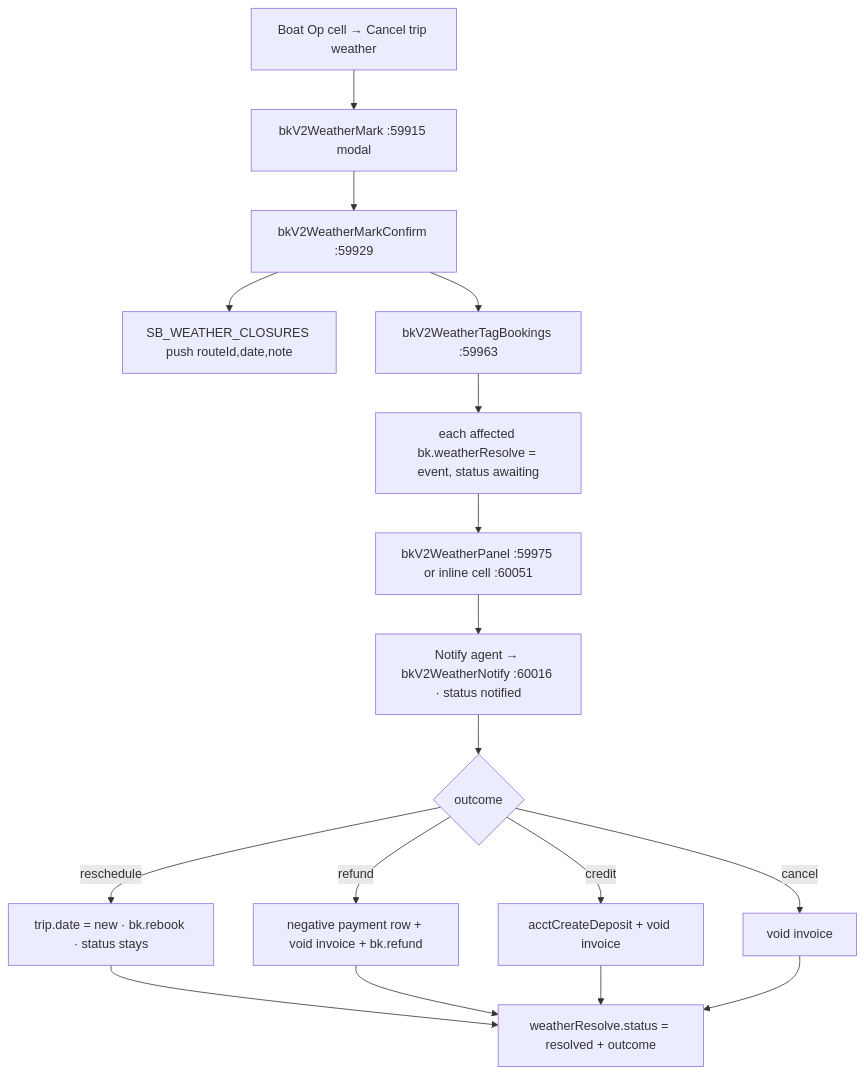
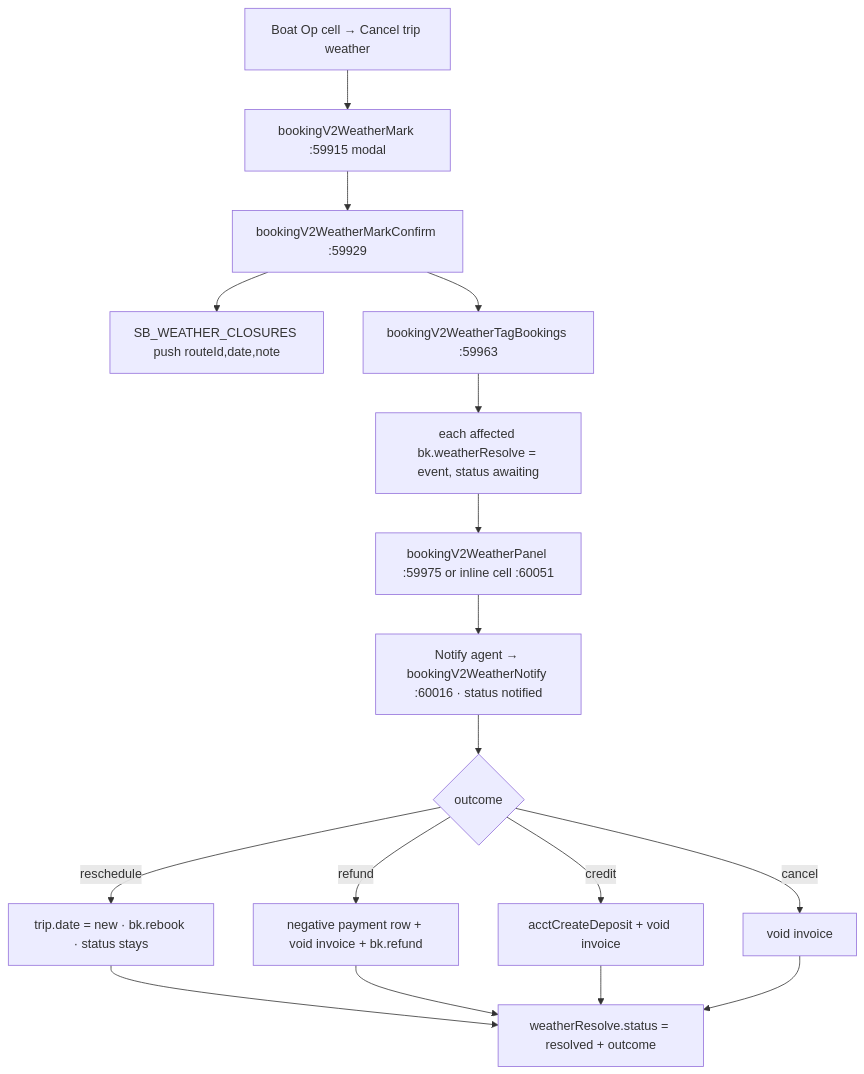
Before and after one commit to digitalmkt-bbot/LOVE_Andaman_Workspace: the second of 2 diagrams in allotment_v2/docs/workflows/01-booking-lifecycle.md, drawn with Mermaid. The commit also changed other lines of this file and 560 other files, not shown here.

````diff
--- a/allotment_v2/docs/workflows/01-booking-lifecycle.md
+++ b/allotment_v2/docs/workflows/01-booking-lifecycle.md
@@ -247,19 +247,19 @@
 ```mermaid
 flowchart TD
-  A[Boat Op cell → Cancel trip weather] --> B[bkV2WeatherMark :59915 modal]
-  B --> C[bkV2WeatherMarkConfirm :59929]
+  A[Boat Op cell → Cancel trip weather] --> B[bookingV2WeatherMark :59915 modal]
+  B --> C[bookingV2WeatherMarkConfirm :59929]
   C --> D[SB_WEATHER_CLOSURES push routeId,date,note]
-  C --> E[bkV2WeatherTagBookings :59963]
+  C --> E[bookingV2WeatherTagBookings :59963]
   E --> F[each affected bk.weatherResolve = event, status awaiting]
-  F --> G[bkV2WeatherPanel :59975 or inline cell :60051]
-  G --> H[Notify agent → bkV2WeatherNotify :60016 · status notified]
+  F --> G[bookingV2WeatherPanel :59975 or inline cell :60051]
+  G --> H[Notify agent → bookingV2WeatherNotify :60016 · status notified]
   H --> I{outcome}
   I -->|reschedule| J[trip.date = new · bk.rebook · status stays]
   I -->|refund| K[negative payment row + void invoice + bk.refund]
   I -->|credit| L[acctCreateDeposit + void invoice]
   I -->|cancel| M[void invoice]
   J --> N[weatherResolve.status = resolved + outcome]
   K --> N
   L --> N
   M --> N
 ```
````
